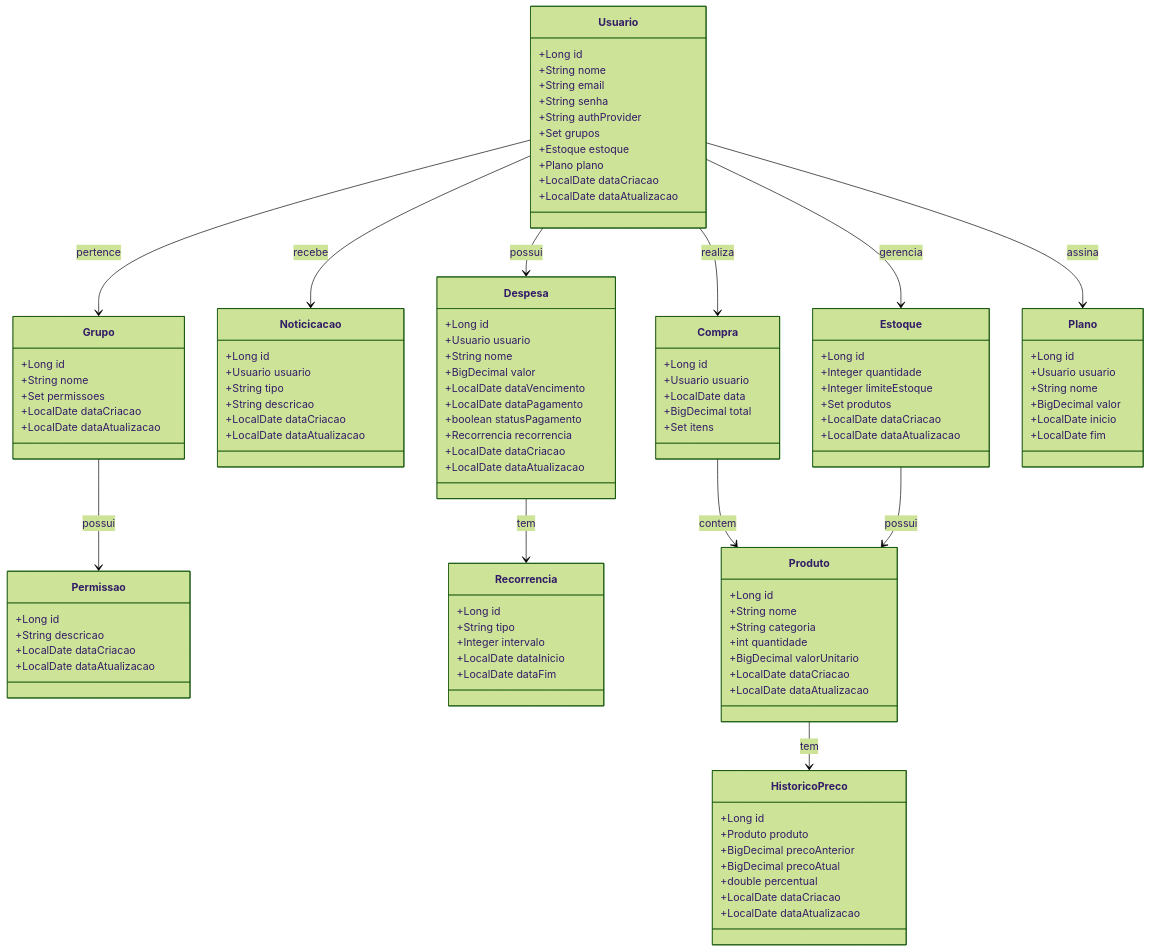
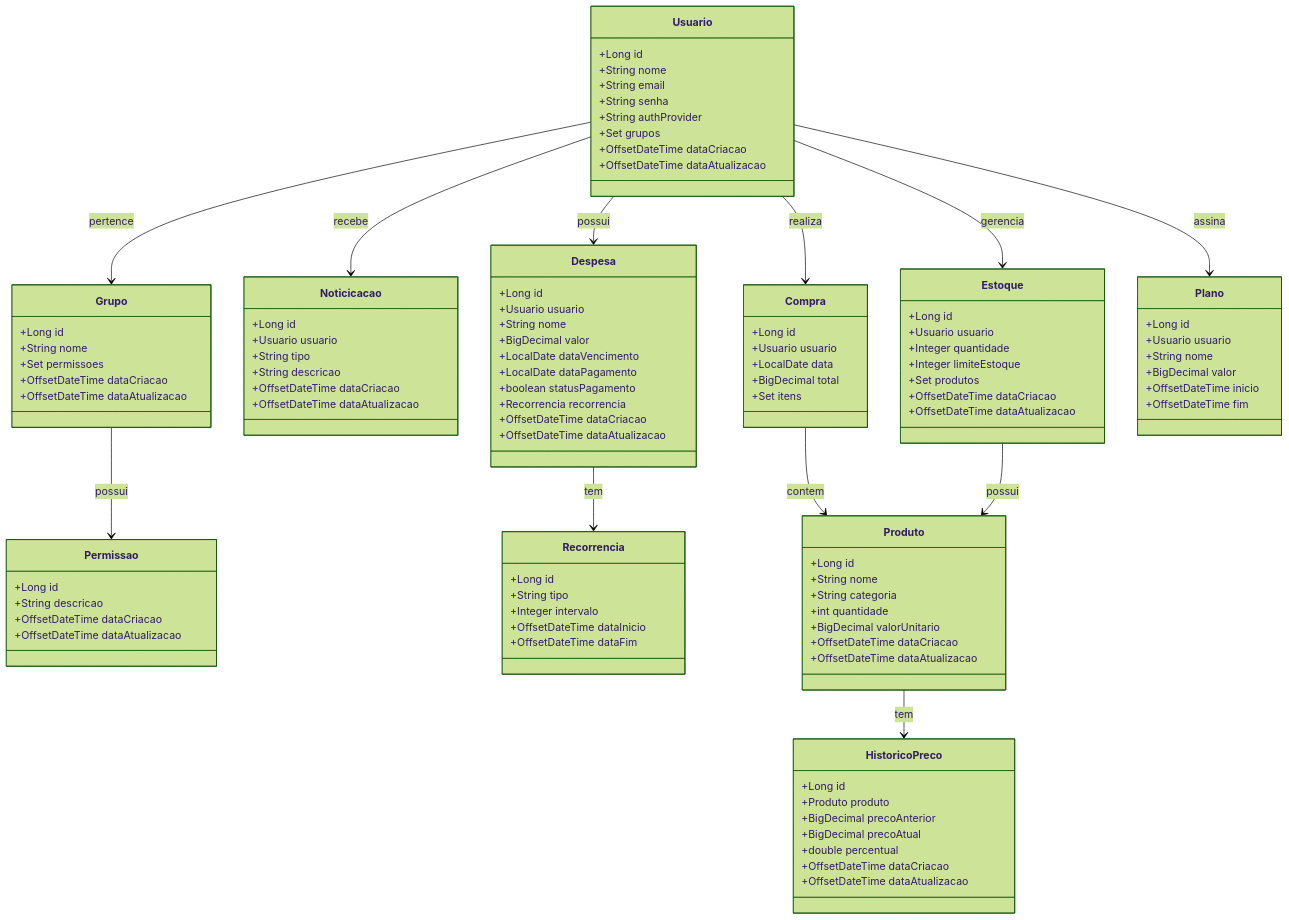
Before and after one commit to amilton-sys/gerenciar: the second of 8 diagrams in README.md, drawn with Mermaid (forest theme).

Commit message:
refact: ajusta readme

```diff
--- a/README.md
+++ b/README.md
@@ -105,25 +105,23 @@
       +String senha
       +String authProvider
       +Set<Grupo> grupos
-      +Estoque estoque
-      +Plano plano
-      +LocalDate dataCriacao
-      +LocalDate dataAtualizacao
+      +OffsetDateTime dataCriacao
+      +OffsetDateTime dataAtualizacao
    }
 
    class Grupo {
       +Long id
       +String nome
       +Set<Permissao> permissoes
-      +LocalDate dataCriacao
-      +LocalDate dataAtualizacao
+      +OffsetDateTime dataCriacao
+      +OffsetDateTime dataAtualizacao
    }
 
    class Permissao {
       +Long id
       +String descricao
-      +LocalDate dataCriacao
-      +LocalDate dataAtualizacao
+      +OffsetDateTime dataCriacao
+      +OffsetDateTime dataAtualizacao
    }
 
    class Noticicacao {
@@ -131,8 +129,8 @@
       +Usuario usuario
       +String tipo
       +String descricao
-      +LocalDate dataCriacao
-      +LocalDate dataAtualizacao
+      +OffsetDateTime dataCriacao
+      +OffsetDateTime dataAtualizacao
    }
 
    class Despesa {
@@ -144,16 +142,16 @@
       +LocalDate dataPagamento
       +boolean statusPagamento
       +Recorrencia recorrencia
-      +LocalDate dataCriacao
-      +LocalDate dataAtualizacao
+      +OffsetDateTime dataCriacao
+      +OffsetDateTime dataAtualizacao
    }
 
    class Recorrencia {
       +Long id
       +String tipo
       +Integer intervalo
-      +LocalDate dataInicio
-      +LocalDate dataFim
+      +OffsetDateTime dataInicio
+      +OffsetDateTime dataFim
    }
 
    class Produto {
@@ -162,8 +160,8 @@
       +String categoria
       +int quantidade
       +BigDecimal valorUnitario
-      +LocalDate dataCriacao
-      +LocalDate dataAtualizacao
+      +OffsetDateTime dataCriacao
+      +OffsetDateTime dataAtualizacao
    }
 
    class Compra {
@@ -176,11 +174,12 @@
 
    class Estoque {
       +Long id
+      +Usuario usuario
       +Integer quantidade
       +Integer limiteEstoque
       +Set<Produto> produtos
-      +LocalDate dataCriacao
-      +LocalDate dataAtualizacao
+      +OffsetDateTime dataCriacao
+      +OffsetDateTime dataAtualizacao
    }
 
    class HistoricoPreco {
@@ -189,8 +188,8 @@
       +BigDecimal precoAnterior
       +BigDecimal precoAtual
       +double percentual
-      +LocalDate dataCriacao
-      +LocalDate dataAtualizacao
+      +OffsetDateTime dataCriacao
+      +OffsetDateTime dataAtualizacao
    }
 
    class Plano {
@@ -198,8 +197,8 @@
       +Usuario usuario
       +String nome
       +BigDecimal valor
-      +LocalDate inicio
-      +LocalDate fim
+      +OffsetDateTime inicio
+      +OffsetDateTime fim
    }
 
    Usuario --> Despesa : possui
```
